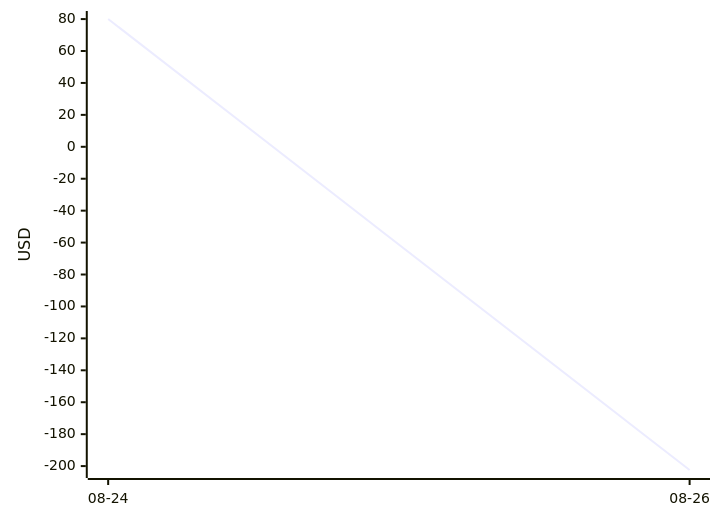
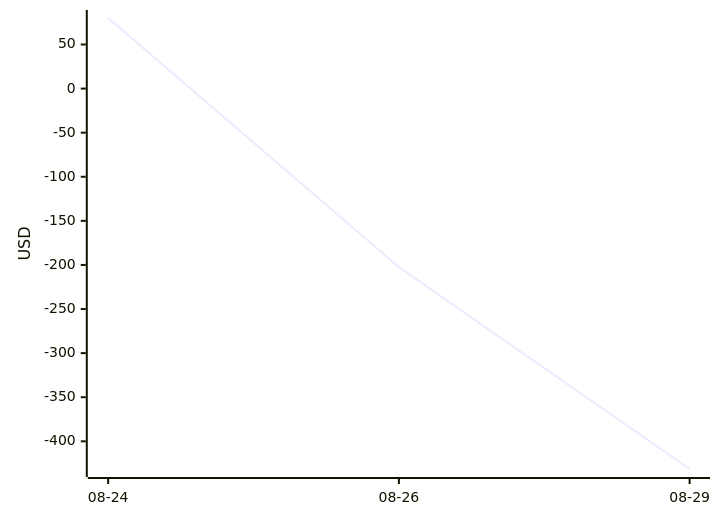
One commit to aryanvaid2108/prediction-trading changed the diagram in DASHBOARD.md. Above: the diagram before and after it, drawn with Mermaid. The commit also changed other lines of this file and 1 other file, not shown here.

````diff
--- a/DASHBOARD.md
+++ b/DASHBOARD.md
@@ -22,6 +22,6 @@
 ```mermaid
 xychart-beta
-  x-axis ["08-24", "08-26"]
+  x-axis ["08-24", "08-26", "08-29"]
   y-axis "USD"
-  line [80.05, -202.45]
+  line [80.05, -202.45, -431.41]
 ```
````
